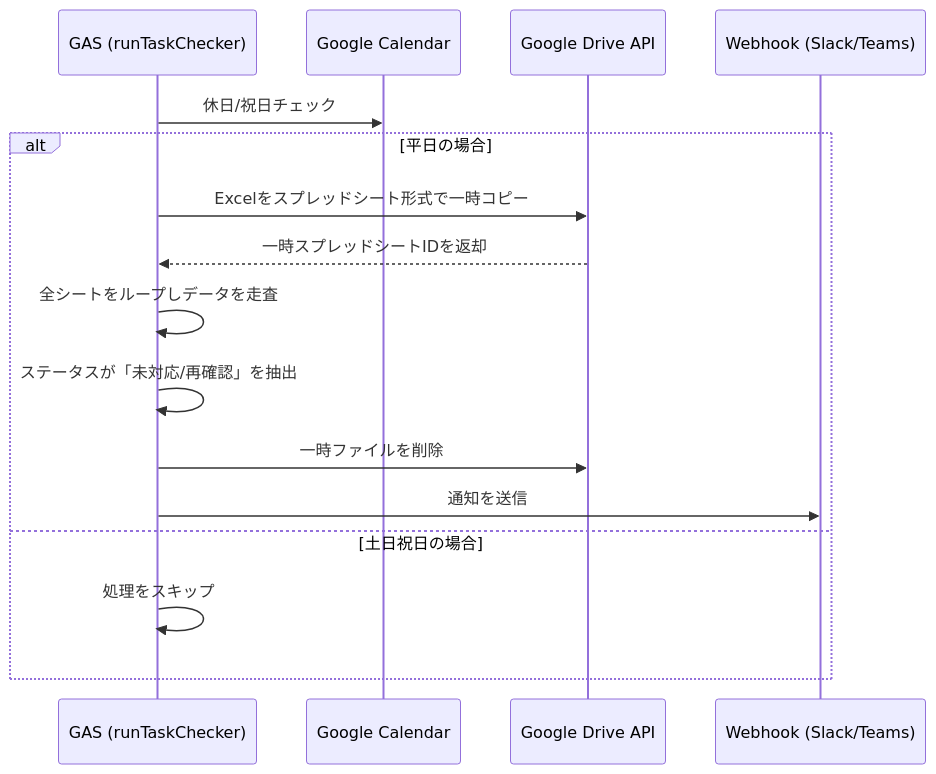
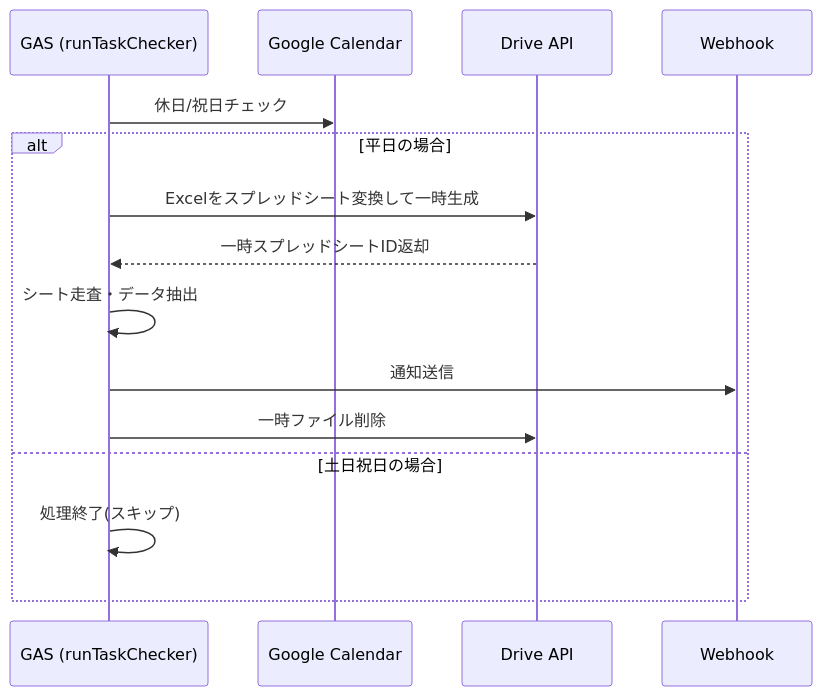
One commit to takeshiyoshida76-cell/takeshiyoshida76 changed the second of 2 diagrams in docs/勤怠確認事項チェック機能.md. Above: the diagram before and after it, drawn with Mermaid. The commit also changed other lines of this file, not shown here.

````diff
--- a/docs/勤怠確認事項チェック機能.md
+++ b/docs/勤怠確認事項チェック機能.md
@@ -24,20 +22,19 @@
 ```mermaid
 sequenceDiagram
     participant S as GAS (runTaskChecker)
     participant C as Google Calendar
-    participant D as Google Drive API
-    participant W as Webhook (Slack/Teams)
+    participant D as Drive API
+    participant W as Webhook
 
     S->>C: 休日/祝日チェック
     alt 平日の場合
-        S->>D: Excelをスプレッドシート形式で一時コピー
-        D-->>S: 一時スプレッドシートIDを返却
-        S->>S: 全シートをループしデータを走査
-        S->>S: ステータスが「未対応/再確認」を抽出
-        S->>D: 一時ファイルを削除
-        S->>W: 通知を送信
+        S->>D: Excelをスプレッドシート変換して一時生成
+        D-->>S: 一時スプレッドシートID返却
+        S->>S: シート走査・データ抽出
+        S->>W: 通知送信
+        S->>D: 一時ファイル削除
     else 土日祝日の場合
-        S->>S: 処理をスキップ
+        S->>S: 処理終了(スキップ)
     end
 
 ```
````
